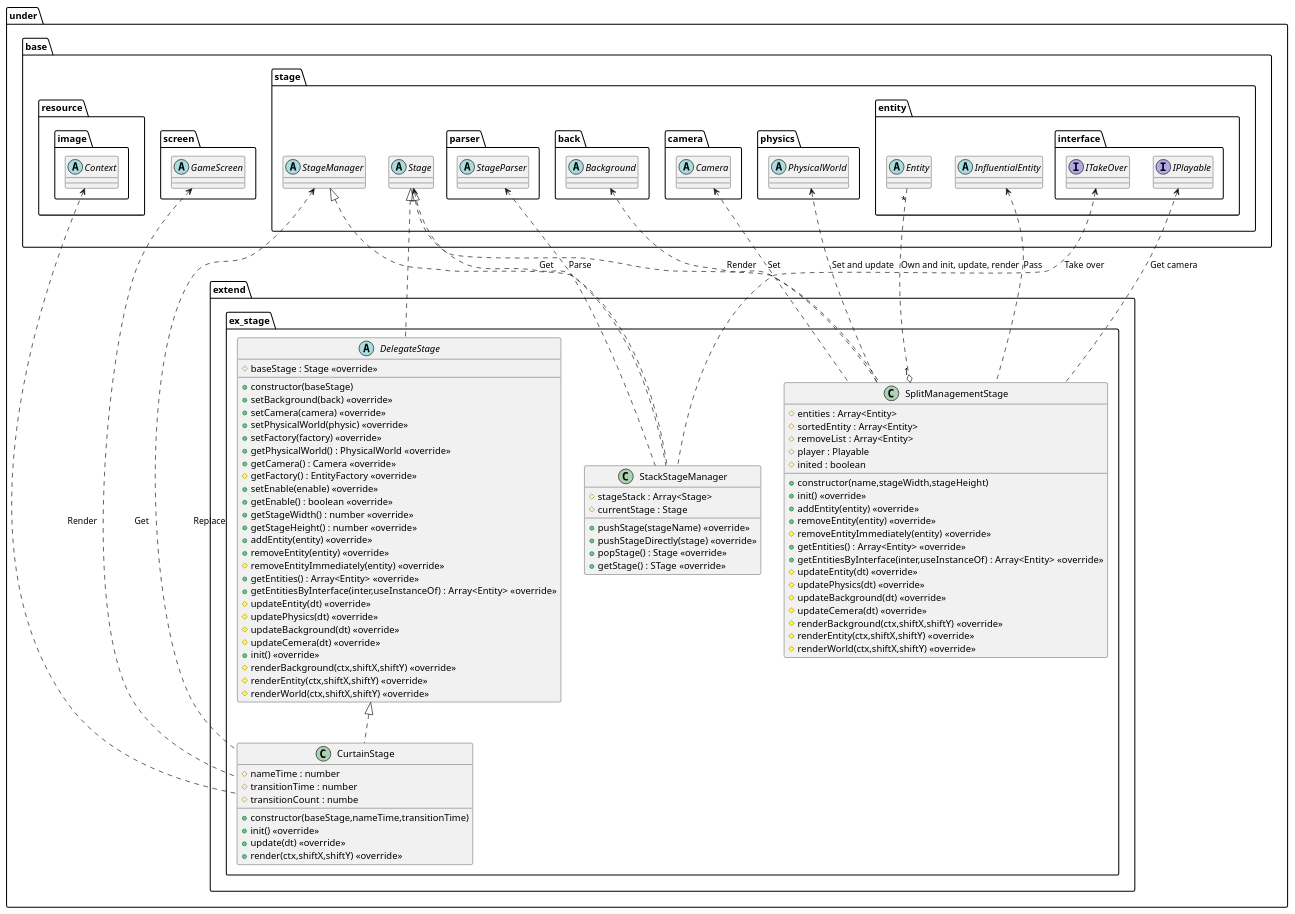
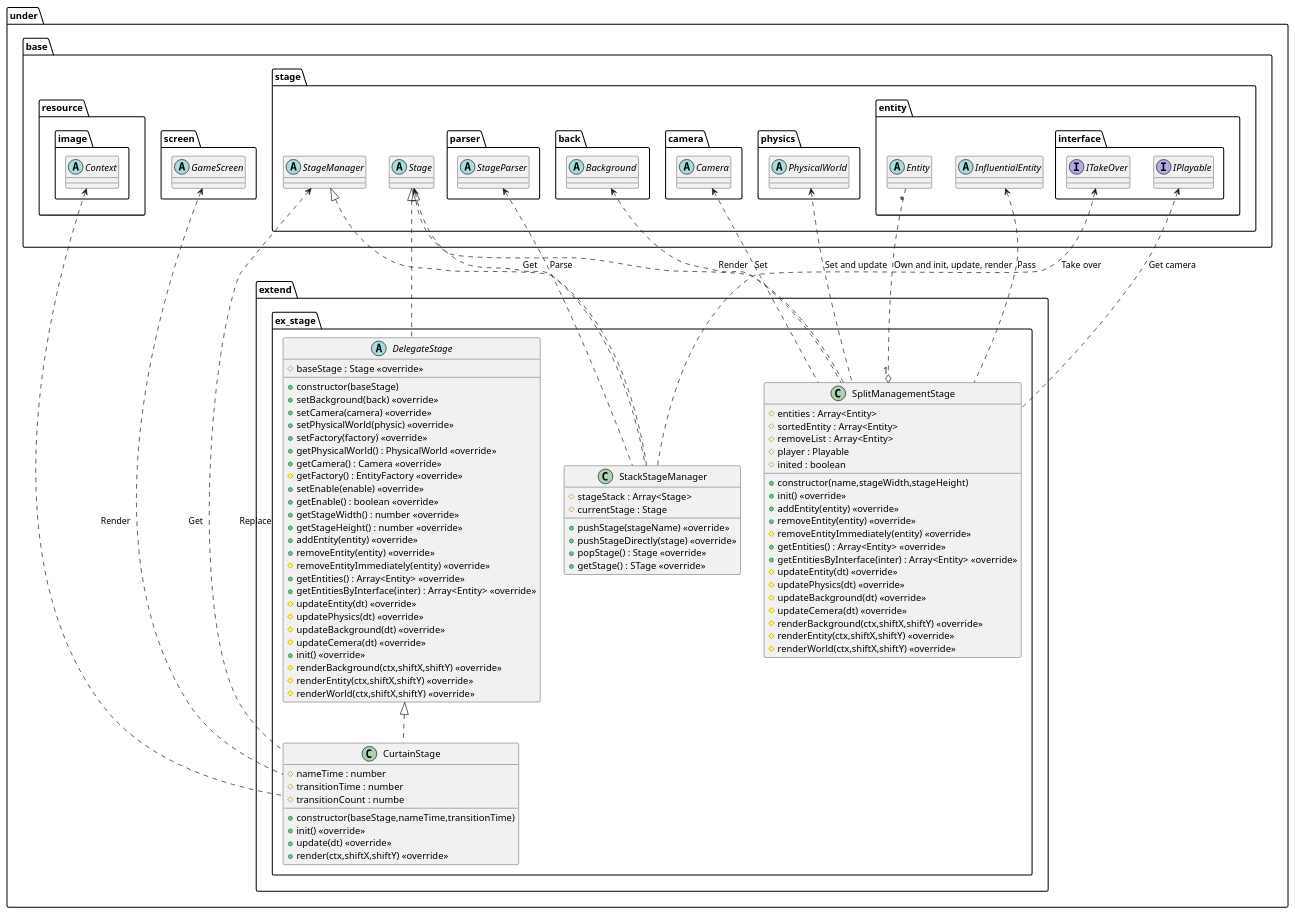
Before and after one commit to Expine/Under: the diagram in uml/stage/Extend.wsd, drawn with PlantUML. The commit also changed 42 other files, not shown here.

```diff
--- a/uml/stage/Extend.wsd
+++ b/uml/stage/Extend.wsd
@@ -1,132 +1,132 @@
 @startuml StageExtend
 package under {
     package extend {
         package ex_stage {
             class StackStageManager {
                 #stageStack : Array<Stage>
                 #currentStage : Stage
                 +pushStage(stageName) <<override>>
                 +pushStageDirectly(stage) <<override>>
                 +popStage() : Stage <<override>>
                 +getStage() : STage <<override>>
             }
             class SplitManagementStage {
                 +constructor(name,stageWidth,stageHeight)
                 #entities : Array<Entity>
                 #sortedEntity : Array<Entity>
                 #removeList : Array<Entity>
                 #player : Playable
                 #inited : boolean
                 +init() <<override>>
                 +addEntity(entity) <<override>>
                 +removeEntity(entity) <<override>>
                 #removeEntityImmediately(entity) <<override>>
                 +getEntities() : Array<Entity> <<override>>
-                +getEntitiesByInterface(inter,useInstanceOf) : Array<Entity> <<override>>
+                +getEntitiesByInterface(inter) : Array<Entity> <<override>>
                 #updateEntity(dt) <<override>>
                 #updatePhysics(dt) <<override>>
                 #updateBackground(dt) <<override>>
                 #updateCemera(dt) <<override>>
                 #renderBackground(ctx,shiftX,shiftY) <<override>>
                 #renderEntity(ctx,shiftX,shiftY) <<override>>
                 #renderWorld(ctx,shiftX,shiftY) <<override>>
             }
             abstract DelegateStage {
                 +constructor(baseStage)
                 #baseStage : Stage <<override>>
                 +setBackground(back) <<override>>
                 +setCamera(camera) <<override>>
                 +setPhysicalWorld(physic) <<override>>
                 +setFactory(factory) <<override>>
                 +getPhysicalWorld() : PhysicalWorld <<override>>
                 +getCamera() : Camera <<override>>
                 #getFactory() : EntityFactory <<override>>
                 +setEnable(enable) <<override>>
                 +getEnable() : boolean <<override>>
                 +getStageWidth() : number <<override>>
                 +getStageHeight() : number <<override>>
                 +addEntity(entity) <<override>>
                 +removeEntity(entity) <<override>>
                 #removeEntityImmediately(entity) <<override>>
                 +getEntities() : Array<Entity> <<override>>
-                +getEntitiesByInterface(inter,useInstanceOf) : Array<Entity> <<override>>
+                +getEntitiesByInterface(inter) : Array<Entity> <<override>>
                 #updateEntity(dt) <<override>>
                 #updatePhysics(dt) <<override>>
                 #updateBackground(dt) <<override>>
                 #updateCemera(dt) <<override>>
                 +init() <<override>>
                 #renderBackground(ctx,shiftX,shiftY) <<override>>
                 #renderEntity(ctx,shiftX,shiftY) <<override>>
                 #renderWorld(ctx,shiftX,shiftY) <<override>>
             }
             class CurtainStage {
                 +constructor(baseStage,nameTime,transitionTime)
                 #nameTime : number
                 #transitionTime : number
                 #transitionCount : numbe
                 +init() <<override>>
                 +update(dt) <<override>>
                 +render(ctx,shiftX,shiftY) <<override>>
             }
         }
     }
 }
 
 package under {
     package base {
         package resource {
             package image {
                 abstract Context
             }
         }
         package screen {
             abstract GameScreen
         }
         package stage {
             abstract Stage
             abstract StageManager
             package parser {
                 abstract StageParser
             }
             package back {
                 abstract Background
             }
             package camera {
                 abstract Camera
             }
             package physics {
                 abstract PhysicalWorld
             }
             package entity {
                 package interface {
                     interface IPlayable
                     interface ITakeOver
                 }
                 abstract Entity
                 abstract InfluentialEntity
             }
         }
     }
 }
 
 StageParser <.. StackStageManager : Parse
 Stage <.. StackStageManager : Get
 ITakeOver <.. StackStageManager : Take over
 
 Entity "*" ..o "1" SplitManagementStage : Own and init, update, render
 IPlayable <.. SplitManagementStage : Get camera
 InfluentialEntity <.. SplitManagementStage : Pass
 Camera <.. SplitManagementStage : Set
 Background <.. SplitManagementStage : Render
 PhysicalWorld <.. SplitManagementStage : Set and update
 
 StageManager <.. CurtainStage : Replace
 GameScreen <.. CurtainStage : Get
 Context <.. CurtainStage : Render
 
 StageManager <|.. StackStageManager
 Stage <|.. SplitManagementStage
 Stage <|.. DelegateStage
 DelegateStage <|.. CurtainStage
 
 @enduml
```
